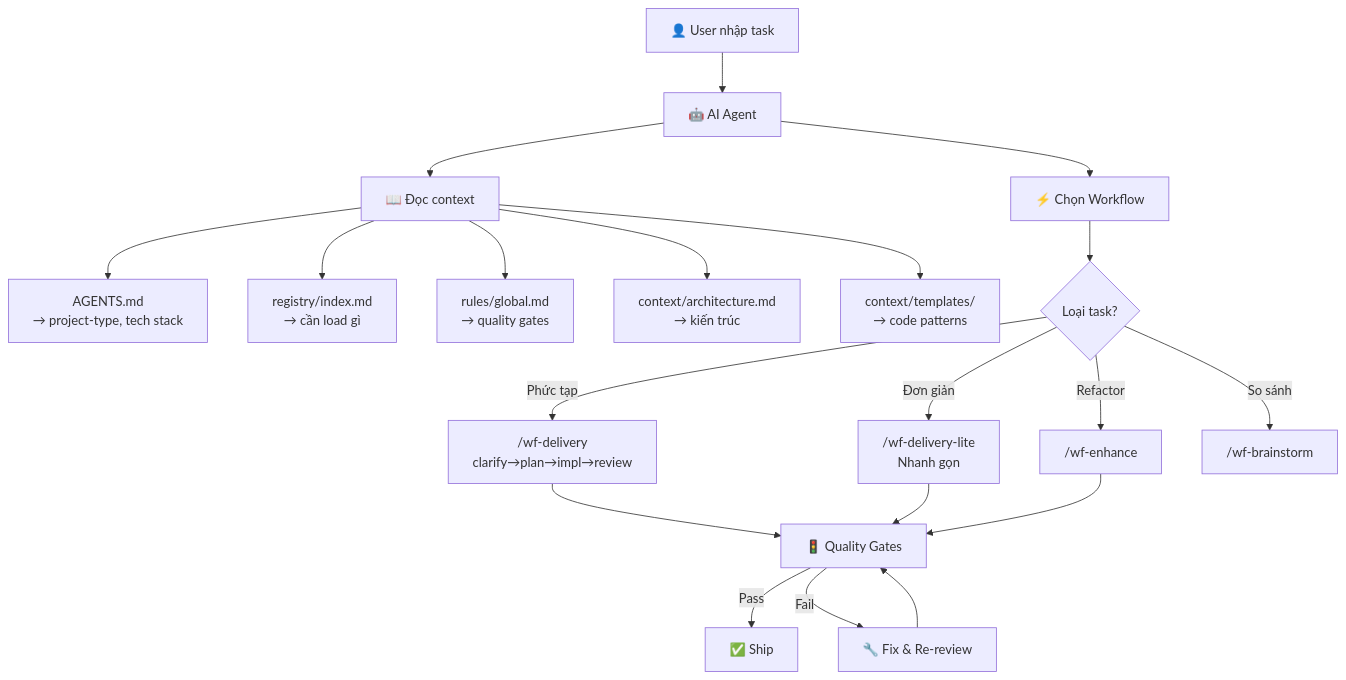
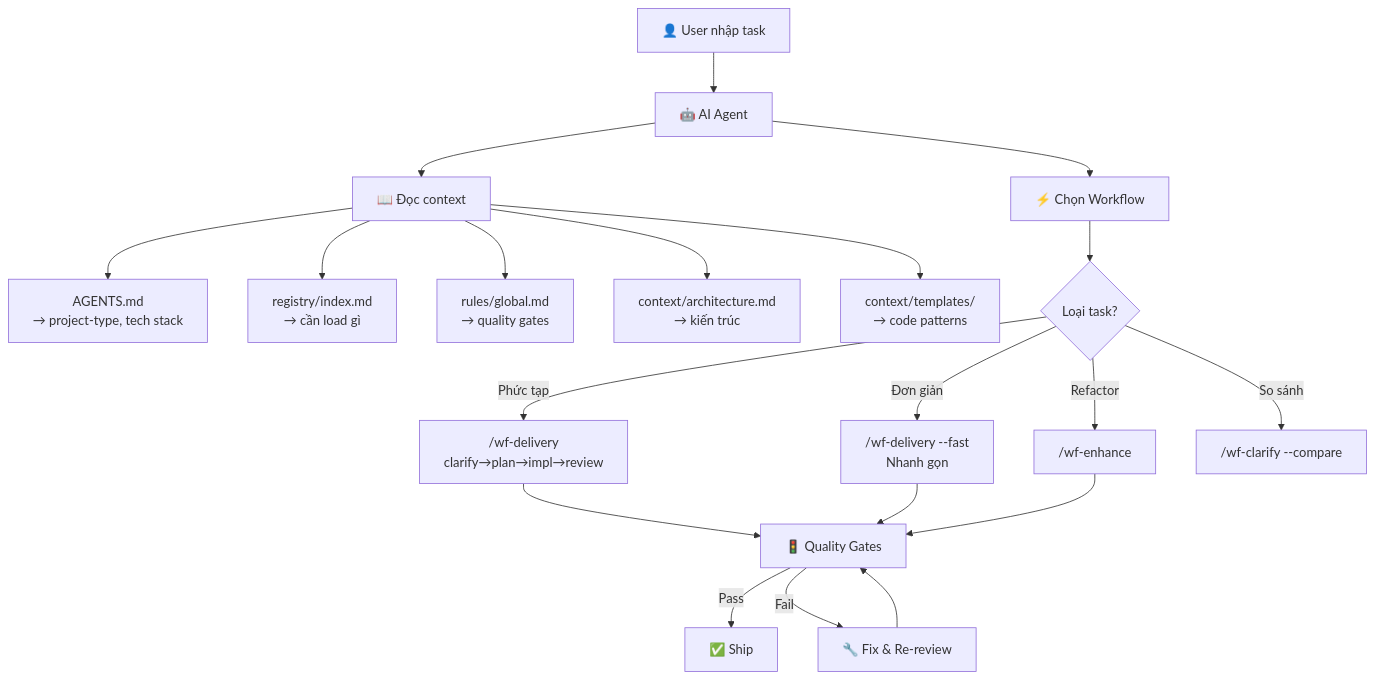
Before and after one commit to Sonleeee/Agent-Dev-Kit: the sixth of 6 diagrams in HowItWorks.md, drawn with Mermaid. The commit also changed other lines of this file and 59 other files, not shown here.

````diff
--- a/HowItWorks.md
+++ b/HowItWorks.md
@@ -291,27 +312,27 @@
 ```mermaid
 flowchart TD
     USER["👤 User nhập task"] --> AGENT["🤖 AI Agent"]
   
     AGENT --> READ["📖 Đọc context"]
     READ --> AGENTS_MD["AGENTS.md<br/>→ project-type, tech stack"]
     READ --> REGISTRY["registry/index.md<br/>→ cần load gì"]
     READ --> RULES["rules/global.md<br/>→ quality gates"]
     READ --> ARCH["context/architecture.md<br/>→ kiến trúc"]
     READ --> TMPL["context/templates/<br/>→ code patterns"]
   
     AGENT --> CHOOSE["⚡ Chọn Workflow"]
     CHOOSE --> WF{Loại task?}
   
     WF -->|Phức tạp| DELIVERY["/wf-delivery<br/>clarify→plan→impl→review"]
-    WF -->|Đơn giản| LITE["/wf-delivery-lite<br/>Nhanh gọn"]
+    WF -->|Đơn giản| LITE["/wf-delivery --fast<br/>Nhanh gọn"]
     WF -->|Refactor| ENHANCE["/wf-enhance"]
-    WF -->|So sánh| BRAINSTORM["/wf-brainstorm"]
+    WF -->|So sánh| BRAINSTORM["/wf-clarify --compare"]
   
     DELIVERY --> GATE["🚦 Quality Gates"]
     LITE --> GATE
     ENHANCE --> GATE
   
     GATE -->|Pass| SHIP["✅ Ship"]
     GATE -->|Fail| FIX["🔧 Fix & Re-review"]
     FIX --> GATE
 ```
````
